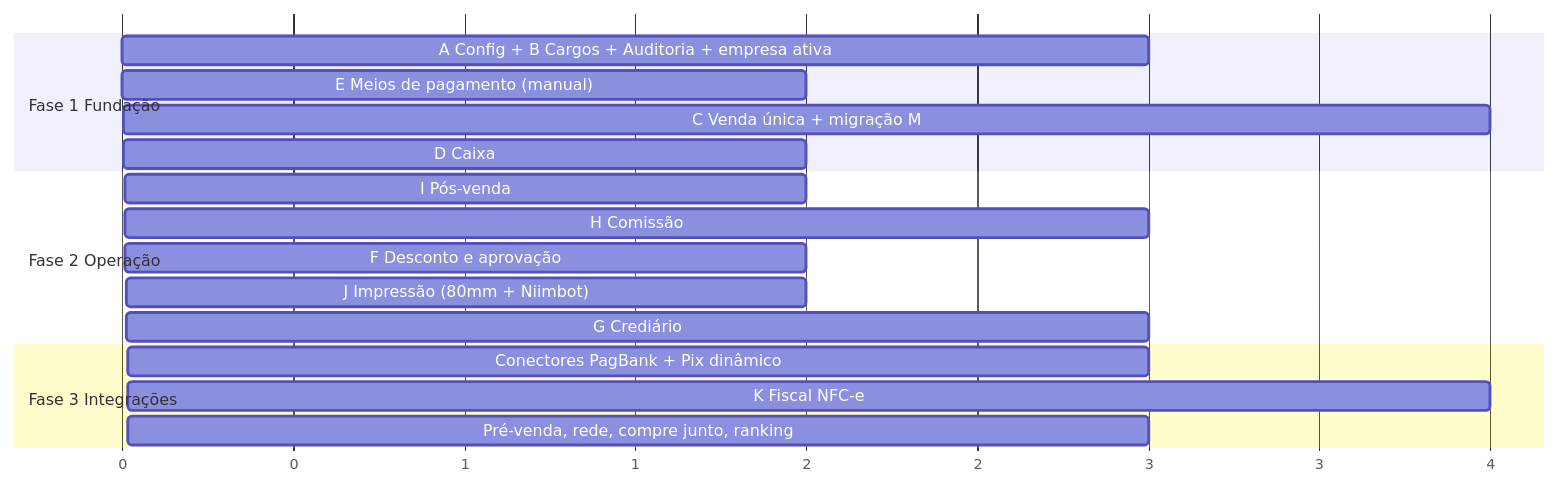
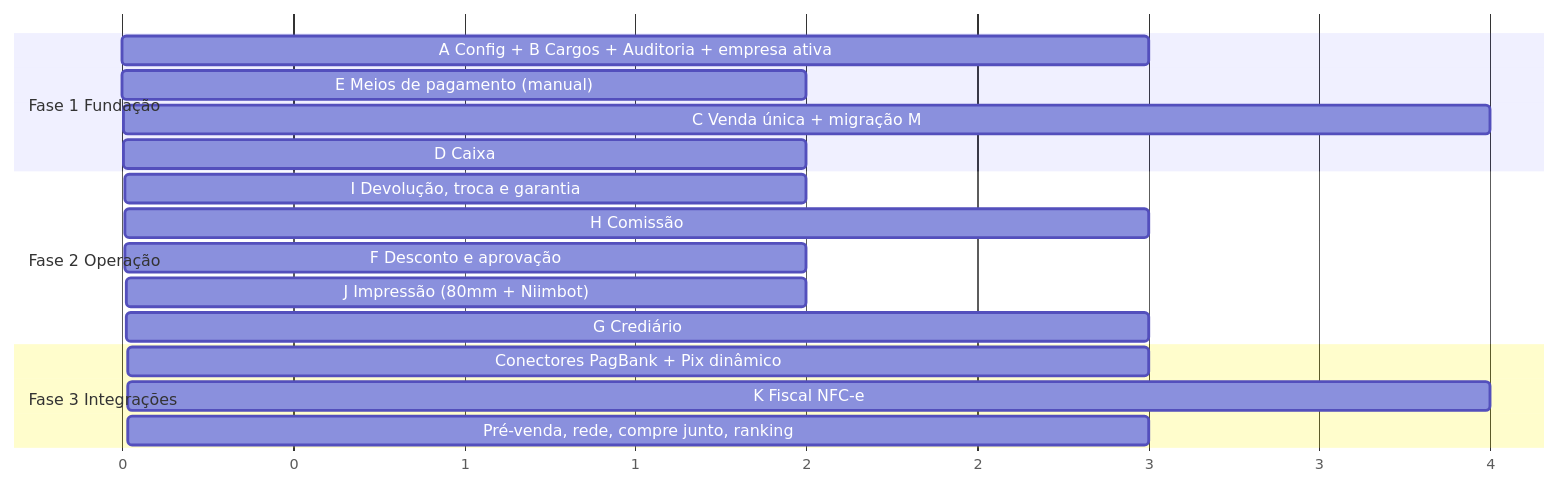
Before and after one commit to ramponi19/crm-saas: the fourth of 4 diagrams in docs/pdv-v2-especificacao.md, drawn with Mermaid. The commit also changed other lines of this file and 3 other files, not shown here.

````diff
--- a/docs/pdv-v2-especificacao.md
+++ b/docs/pdv-v2-especificacao.md
@@ -1071,20 +1256,20 @@
 ```mermaid
 gantt
     dateFormat  X
     axisFormat  %s
     section Fase 1 Fundação
     A Config + B Cargos + Auditoria + empresa ativa :a1, 0, 3
     E Meios de pagamento (manual)                    :a2, 2, 2
     C Venda única + migração M                       :a3, 3, 4
     D Caixa                                          :a4, 6, 2
     section Fase 2 Operação
-    I Pós-venda                                      :b1, 8, 2
+    I Devolução, troca e garantia                    :b1, 8, 2
     H Comissão                                       :b2, 9, 3
     F Desconto e aprovação                           :b3, 10, 2
     J Impressão (80mm + Niimbot)                     :b4, 11, 2
     G Crediário                                      :b5, 12, 3
     section Fase 3 Integrações
     Conectores PagBank + Pix dinâmico                :c1, 15, 3
     K Fiscal NFC-e                                   :c2, 15, 4
     Pré-venda, rede, compre junto, ranking           :c3, 18, 3
 ```
````
